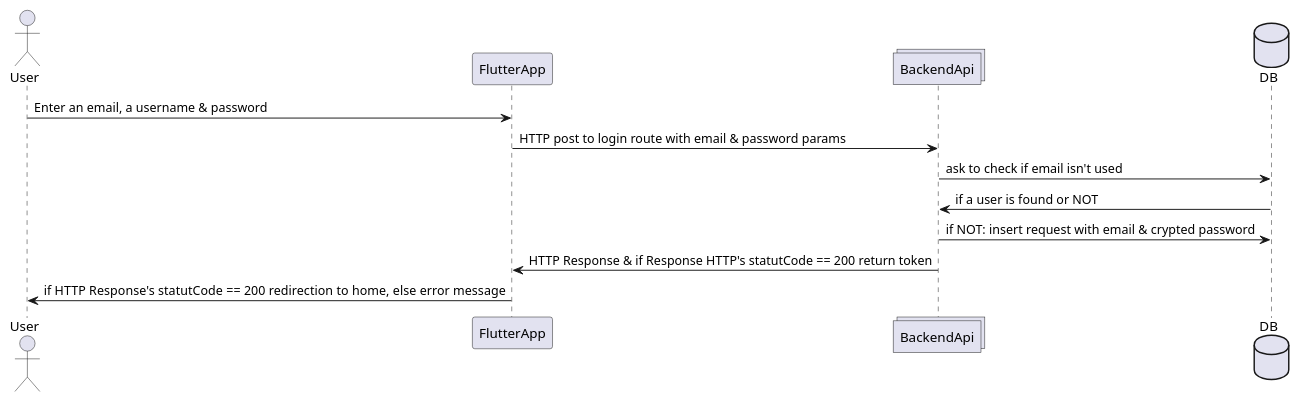
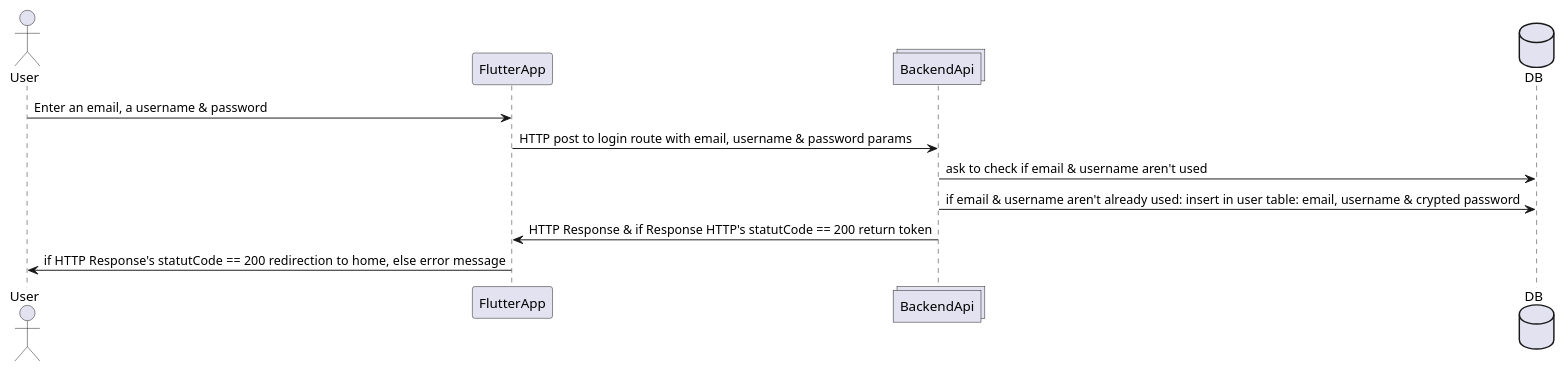
One commit to Eco-Gest/Frontend-Flutter changed the diagram in conception/diagrams/sequencies/authentication_register.puml. Above: the diagram before and after it, drawn with PlantUML.

```diff
--- a/conception/diagrams/sequencies/authentication_register.puml
+++ b/conception/diagrams/sequencies/authentication_register.puml
@@ -1,16 +1,15 @@
 @startuml
 
 actor       User       as u
 participant    FlutterApp    as fa
 collections     BackendApi     as ba
 database      DB      as db
 
 u -> fa : Enter an email, a username & password 
-fa -> ba : HTTP post to login route with email & password params
-ba -> db : ask to check if email isn't used 
-db -> ba : if a user is found or NOT
-ba -> db : if NOT: insert request with email & crypted password 
+fa -> ba : HTTP post to login route with email, username & password params
+ba -> db : ask to check if email & username aren't used 
+ba -> db : if email & username aren't already used: insert in user table: email, username & crypted password 
 ba -> fa : HTTP Response & if Response HTTP's statutCode == 200 return token 
 fa-> u : if HTTP Response's statutCode == 200  redirection to home, else error message 
 
 @enduml
```
